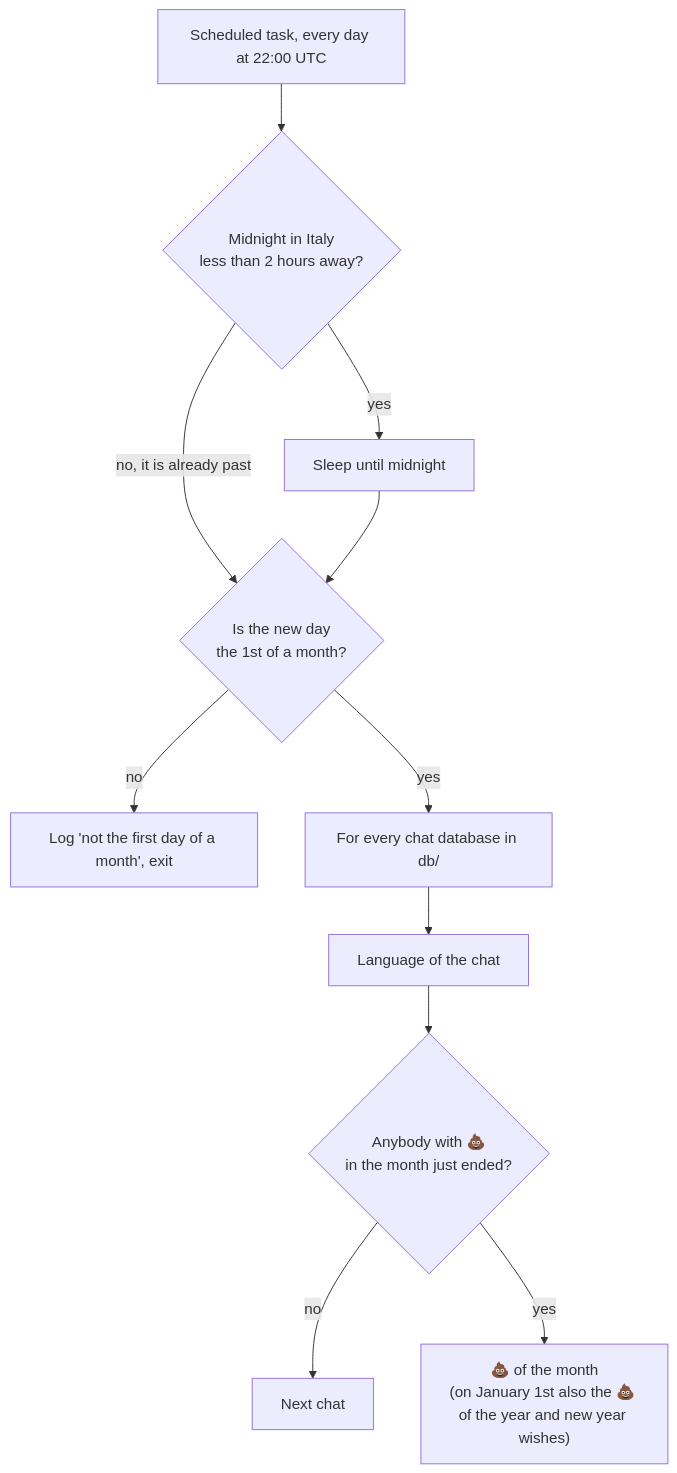
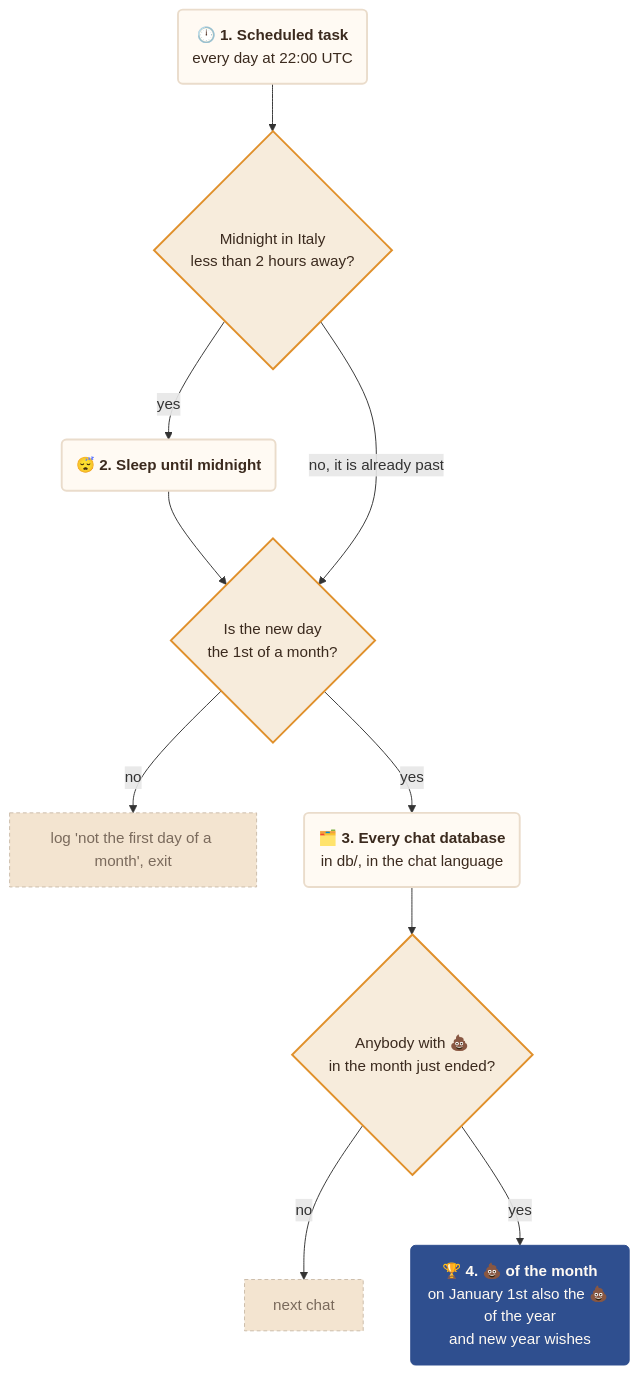
Before and after one commit to francescoperrino/Caccometro: the second of 2 diagrams in docs/deployment.md, drawn with Mermaid. The commit also changed other lines of this file and 10 other files, not shown here.

First line of the commit message:
Restyle the documentation diagrams and add workflow infographics (#194)

````diff
--- a/docs/deployment.md
+++ b/docs/deployment.md
@@ -155,13 +165,30 @@
 ```mermaid
 flowchart TD
-    task["Scheduled task, every day at 22:00 UTC"] --> close{"Midnight in Italy<br/>less than 2 hours away?"}
-    close -->|"yes"| wait["Sleep until midnight"]
+    task("🕛 <b>1. Scheduled task</b><br/>every day at 22:00 UTC")
+    close{"Midnight in Italy<br/>less than 2 hours away?"}
+    wait("😴 <b>2. Sleep until midnight</b>")
+    first{"Is the new day<br/>the 1st of a month?"}
+    quit["log 'not the first day of a month', exit"]
+    chats("🗂️ <b>3. Every chat database</b><br/>in db/, in the chat language")
+    winners{"Anybody with 💩<br/>in the month just ended?"}
+    skip["next chat"]
+    send("🏆 <b>4. 💩 of the month</b><br/>on January 1st also the 💩 of the year<br/>and new year wishes")
+    task --> close
+    close -->|"yes"| wait --> first
     close -->|"no, it is already past"| first
-    wait --> first{"Is the new day<br/>the 1st of a month?"}
-    first -->|"no"| stop["Log 'not the first day of a month', exit"]
-    first -->|"yes"| chats["For every chat database in db/"]
-    chats --> language["Language of the chat"]
-    language --> winners{"Anybody with 💩<br/>in the month just ended?"}
-    winners -->|"no"| next["Next chat"]
-    winners -->|"yes"| send["💩 of the month<br/>(on January 1st also the 💩 of the year and new year wishes)"]
+    first -->|"no"| quit
+    first -->|"yes"| chats --> winners
+    winners -->|"no"| skip
+    winners -->|"yes"| send
+    classDef step fill:#fffaf3,stroke:#eadccb,stroke-width:2px,color:#3b2a1e
+    classDef main fill:#2f4f8f,stroke:#2f4f8f,color:#fffaf3
+    classDef person fill:#5c4f42,stroke:#5c4f42,color:#fffaf3
+    classDef check fill:#f7ecdc,stroke:#e0902b,stroke-width:2px,color:#3b2a1e
+    classDef detail fill:#f7ecdc,stroke:#eadccb,color:#3b2a1e
+    classDef alert fill:#e0902b,stroke:#e0902b,color:#fffaf3
+    classDef stop fill:#f3e4d0,stroke:#cbbca9,stroke-dasharray:4 3,color:#7a6a5c
+    class task,wait,chats step
+    class send main
+    class close,first,winners check
+    class quit,skip stop
 ```
````
